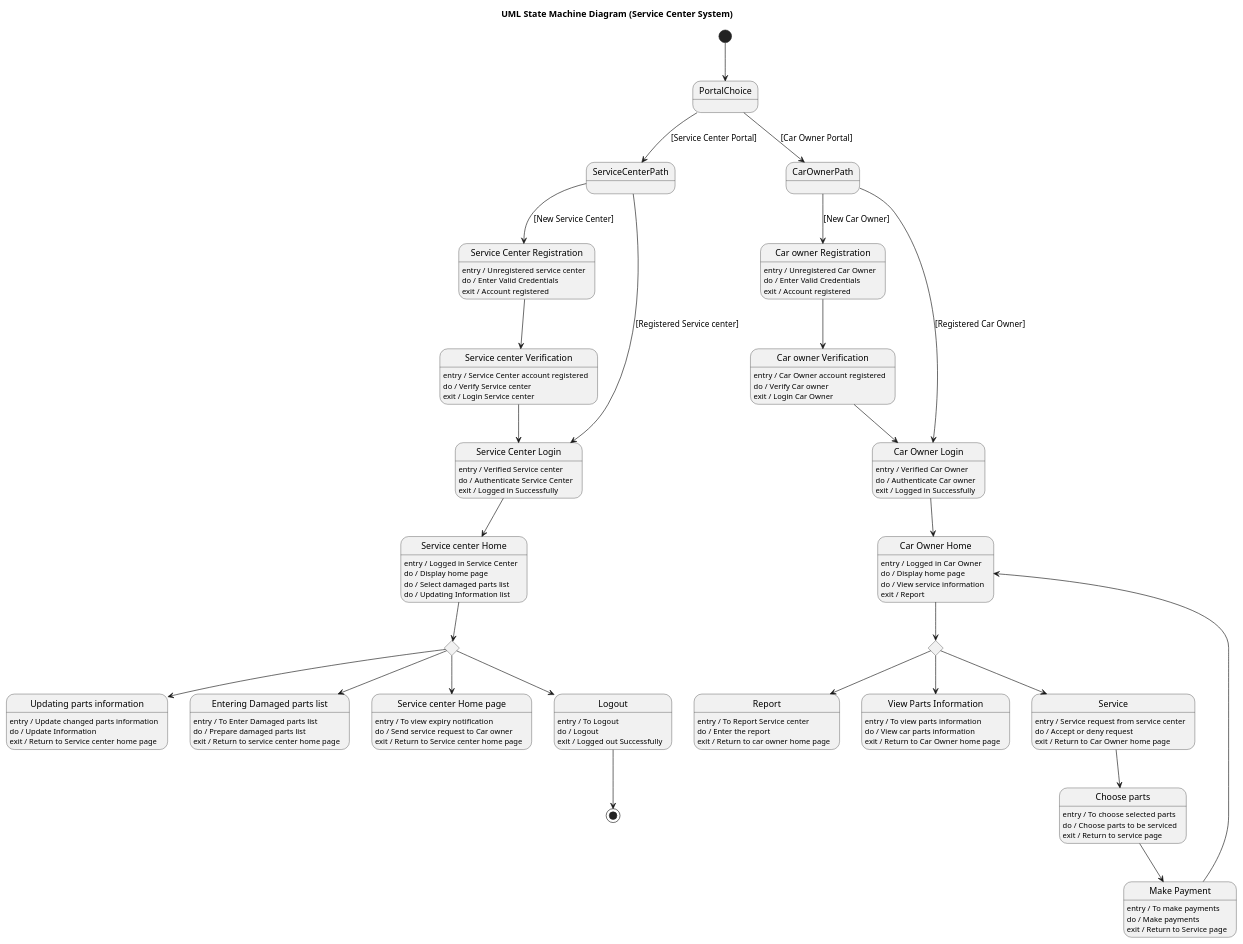
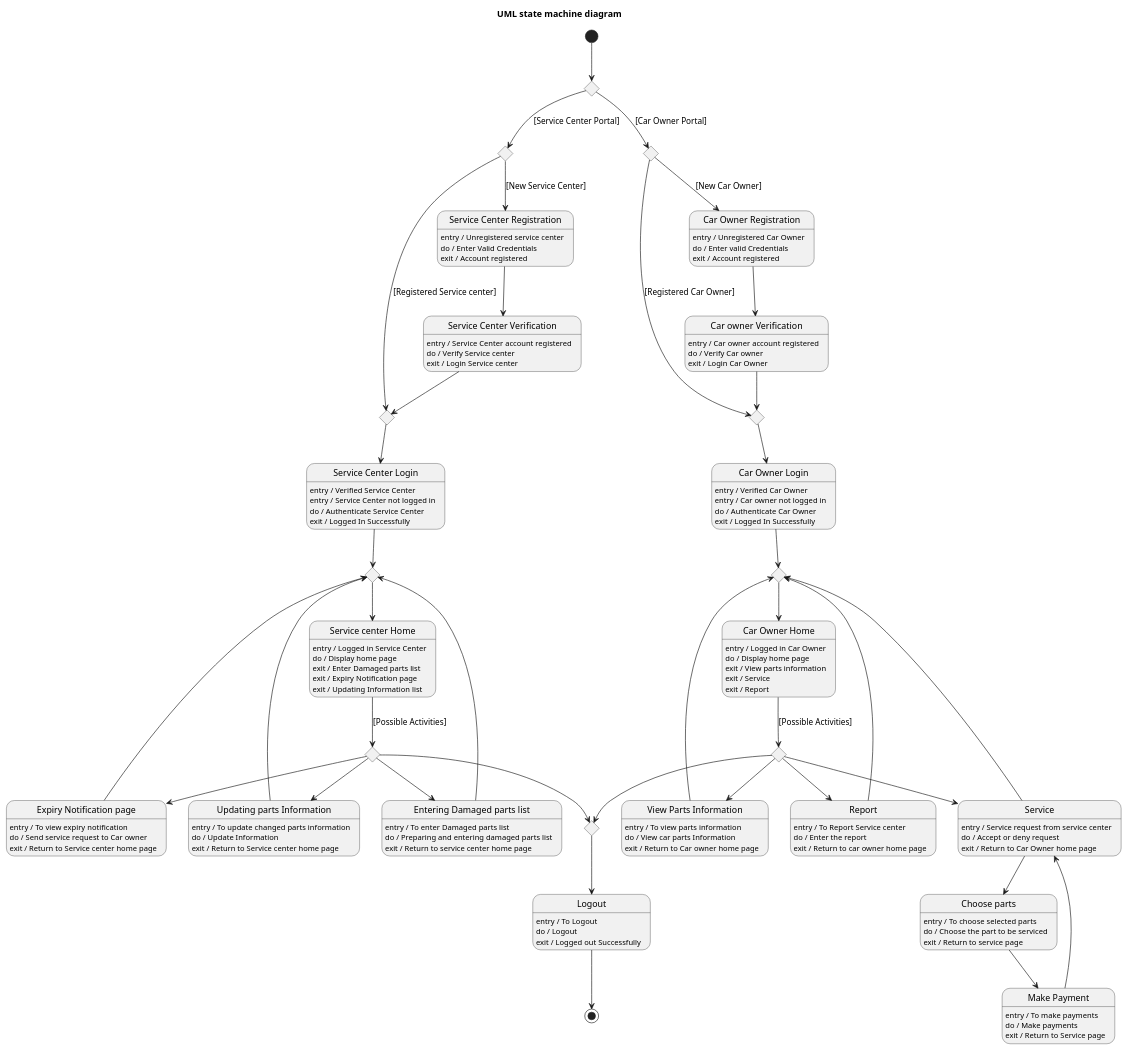
The diagram in dataset/case_16_car_care/diagram.puml (maimunafaria/State_transition_Diagram_generated_by_LLM), drawn with PlantUML before and after one commit. The commit also changed 15 other files, not shown here.

```diff
--- a/dataset/case_16_car_care/diagram.puml
+++ b/dataset/case_16_car_care/diagram.puml
@@ -1,152 +1,160 @@
 @startuml
-title UML State Machine Diagram (Service Center System)
+title UML state machine diagram
 
-'------------------------
-' Initial branching
-'------------------------
-[*] --> PortalChoice
+state PortalChoice1 <<choice>>
+state PortalChoice2 <<choice>>
+state PortalChoice3 <<choice>>
+state ServiceJoin <<choice>>
+state OwnerJoin <<choice>>
 
-state PortalChoice <<choice>>
-PortalChoice --> ServiceCenterPath : [Service Center Portal]
-PortalChoice --> CarOwnerPath : [Car Owner Portal]
 
-'========================
-' SERVICE CENTER FLOW
-'========================
+[*] --> PortalChoice1
 
-state ServiceCenterPath <<choice>>
-ServiceCenterPath --> SC_Register : [New Service Center]
-ServiceCenterPath --> SC_Login : [Registered Service center]
+PortalChoice1 --> PortalChoice2 : [Service Center Portal]
+PortalChoice1 --> PortalChoice3 : [Car Owner Portal]
 
-state "Service Center Registration" as SC_Register
-SC_Register : entry / Unregistered service center
-SC_Register : do / Enter Valid Credentials
-SC_Register : exit / Account registered
+PortalChoice2 --> ServiceCenterRegistration : [New Service Center]
+PortalChoice2 --> ServiceJoin : [Registered Service center]
+PortalChoice3 --> CarOwnerRegistration : [New Car Owner]
+PortalChoice3 --> OwnerJoin : [Registered Car Owner]
 
-state "Service center Verification" as SC_Verify
-SC_Verify : entry / Service Center account registered
-SC_Verify : do / Verify Service center
-SC_Verify : exit / Login Service center
+state "Service Center Registration" as ServiceCenterRegistration
+ServiceCenterRegistration : entry / Unregistered service center
+ServiceCenterRegistration : do / Enter Valid Credentials
+ServiceCenterRegistration : exit / Account registered
 
-SC_Register --> SC_Verify
+state "Service Center Verification" as ServiceCenterVerification
+ServiceCenterVerification : entry / Service Center account registered
+ServiceCenterVerification : do / Verify Service center
+ServiceCenterVerification : exit / Login Service center
 
-state "Service Center Login" as SC_Login
-SC_Login : entry / Verified Service center
-SC_Login : do / Authenticate Service Center
-SC_Login : exit / Logged in Successfully
+state "Service Center Login" as ServiceCenterLogin
+ServiceCenterLogin : entry / Verified Service Center
+ServiceCenterLogin : entry / Service Center not logged in
+ServiceCenterLogin : do / Authenticate Service Center
+ServiceCenterLogin : exit / Logged In Successfully
 
-SC_Verify --> SC_Login
+state "Service center Home" as ServiceCenterHome
+ServiceCenterHome : entry / Logged in Service Center
+ServiceCenterHome : do / Display home page
+ServiceCenterHome : exit / Enter Damaged parts list
+ServiceCenterHome : exit / Expiry Notification page
+ServiceCenterHome : exit / Updating Information list
 
-state "Service center Home" as SC_Home
-SC_Home : entry / Logged in Service Center
-SC_Home : do / Display home page
-SC_Home : do / Select damaged parts list
-SC_Home : do / Updating Information list
-
-SC_Login --> SC_Home
-
-'--- Service center actions ---
-state SC_Choice <<choice>>
-
-SC_Home --> SC_Choice
-
-state "Updating parts information" as UpdateParts
-UpdateParts : entry / Update changed parts information
-UpdateParts : do / Update Information
-UpdateParts : exit / Return to Service center home page
+state "Expiry Notification page" as ExpiryNotification
+ExpiryNotification : entry / To view expiry notification
+ExpiryNotification : do / Send service request to Car owner
+ExpiryNotification : exit / Return to Service center home page
 
 state "Entering Damaged parts list" as DamagedParts
-DamagedParts : entry / To Enter Damaged parts list
-DamagedParts : do / Prepare damaged parts list
+DamagedParts : entry / To enter Damaged parts list
+DamagedParts : do / Preparing and entering damaged parts list
 DamagedParts : exit / Return to service center home page
 
-state "Service center Home page" as SC_HomePage
-SC_HomePage : entry / To view expiry notification
-SC_HomePage : do / Send service request to Car owner
-SC_HomePage : exit / Return to Service center home page
+state "Updating parts Information" as UpdatingParts
+UpdatingParts : entry / To update changed parts information
+UpdatingParts : do / Update Information
+UpdatingParts : exit / Return to Service center home page
 
 state "Logout" as Logout
 Logout : entry / To Logout
 Logout : do / Logout
 Logout : exit / Logged out Successfully
 
-SC_Choice --> UpdateParts
-SC_Choice --> DamagedParts
-SC_Choice --> SC_HomePage
-SC_Choice --> Logout
+state "Car Owner Registration" as CarOwnerRegistration
+CarOwnerRegistration : entry / Unregistered Car Owner
+CarOwnerRegistration : do / Enter valid Credentials
+CarOwnerRegistration : exit / Account registered
 
-Logout --> [*]
+state "Car owner Verification" as CarOwnerVerification
+CarOwnerVerification : entry / Car owner account registered
+CarOwnerVerification : do / Verify Car owner
+CarOwnerVerification : exit / Login Car Owner
 
-'========================
-' CAR OWNER FLOW
-'========================
+state "Car Owner Login" as CarOwnerLogin
+CarOwnerLogin : entry / Verified Car Owner
+CarOwnerLogin : entry / Car owner not logged in
+CarOwnerLogin : do / Authenticate Car Owner
+CarOwnerLogin : exit / Logged In Successfully
 
-state CarOwnerPath <<choice>>
-CarOwnerPath --> CO_Register : [New Car Owner]
-CarOwnerPath --> CO_Login : [Registered Car Owner]
-
-state "Car owner Registration" as CO_Register
-CO_Register : entry / Unregistered Car Owner
-CO_Register : do / Enter Valid Credentials
-CO_Register : exit / Account registered
-
-state "Car owner Verification" as CO_Verify
-CO_Verify : entry / Car Owner account registered
-CO_Verify : do / Verify Car owner
-CO_Verify : exit / Login Car Owner
-
-CO_Register --> CO_Verify
-
-state "Car Owner Login" as CO_Login
-CO_Login : entry / Verified Car Owner
-CO_Login : do / Authenticate Car owner
-CO_Login : exit / Logged in Successfully
-
-CO_Verify --> CO_Login
-
-state "Car Owner Home" as CO_Home
-CO_Home : entry / Logged in Car Owner
-CO_Home : do / Display home page
-CO_Home : do / View service information
-CO_Home : exit / Report
-
-CO_Login --> CO_Home
-
-'--- Car owner actions ---
-state CO_Choice <<choice>>
-CO_Home --> CO_Choice
+state "Car Owner Home" as CarOwnerHome
+CarOwnerHome : entry / Logged in Car Owner
+CarOwnerHome : do / Display home page
+CarOwnerHome : exit / View parts information
+CarOwnerHome : exit / Service
+CarOwnerHome : exit / Report
 
 state "Report" as Report
 Report : entry / To Report Service center
 Report : do / Enter the report
 Report : exit / Return to car owner home page
 
-state "View Parts Information" as ViewParts
-ViewParts : entry / To view parts information
-ViewParts : do / View car parts information
-ViewParts : exit / Return to Car Owner home page
+state "View Parts Information" as ViewPartsInformation
+ViewPartsInformation : entry / To view parts information
+ViewPartsInformation : do / View car parts Information
+ViewPartsInformation : exit / Return to Car owner home page
 
 state "Service" as Service
 Service : entry / Service request from service center
 Service : do / Accept or deny request
 Service : exit / Return to Car Owner home page
 
 state "Choose parts" as ChooseParts
 ChooseParts : entry / To choose selected parts
-ChooseParts : do / Choose parts to be serviced
+ChooseParts : do / Choose the part to be serviced
 ChooseParts : exit / Return to service page
 
-state "Make Payment" as Payment
-Payment : entry / To make payments
-Payment : do / Make payments
-Payment : exit / Return to Service page
+state "Make Payment" as MakePayment
+MakePayment : entry / To make payments
+MakePayment : do / Make payments
+MakePayment : exit / Return to Service page
 
-CO_Choice --> Report
-CO_Choice --> ViewParts
-CO_Choice --> Service
+
+state ServiceHomeChoice <<choice>>
+state ServiceLoginChoice <<choice>>
+state OwnerHomeChoice <<choice>>
+state OwnerLoginChoice <<choice>>
+state FinalJoin <<choice>>
+
+
+ServiceCenterRegistration --> ServiceCenterVerification
+ServiceCenterVerification --> ServiceJoin
+ServiceJoin --> ServiceCenterLogin
+ServiceCenterLogin --> ServiceLoginChoice
+ServiceLoginChoice --> ServiceCenterHome
+ExpiryNotification --> ServiceLoginChoice 
+UpdatingParts --> ServiceLoginChoice 
+DamagedParts --> ServiceLoginChoice 
+
+ServiceCenterHome --> ServiceHomeChoice : [Possible Activities]
+ServiceHomeChoice --> ExpiryNotification
+ServiceHomeChoice --> DamagedParts
+ServiceHomeChoice --> UpdatingParts
+ServiceHomeChoice --> FinalJoin
+
+FinalJoin --> Logout
+Logout --> [*]
+
+
+
+CarOwnerRegistration --> CarOwnerVerification
+CarOwnerVerification --> OwnerJoin
+OwnerJoin --> CarOwnerLogin
+
+CarOwnerLogin --> OwnerLoginChoice
+OwnerLoginChoice --> CarOwnerHome
+CarOwnerHome --> OwnerHomeChoice : [Possible Activities]
+ViewPartsInformation --> OwnerLoginChoice
+Report --> OwnerLoginChoice
+Service --> OwnerLoginChoice
+
+OwnerHomeChoice --> Report
+OwnerHomeChoice --> ViewPartsInformation
+OwnerHomeChoice --> Service
+OwnerHomeChoice --> FinalJoin
 
 Service --> ChooseParts
-ChooseParts --> Payment
-Payment --> CO_Home
+ChooseParts --> MakePayment
+MakePayment --> Service
 
 @enduml
```
